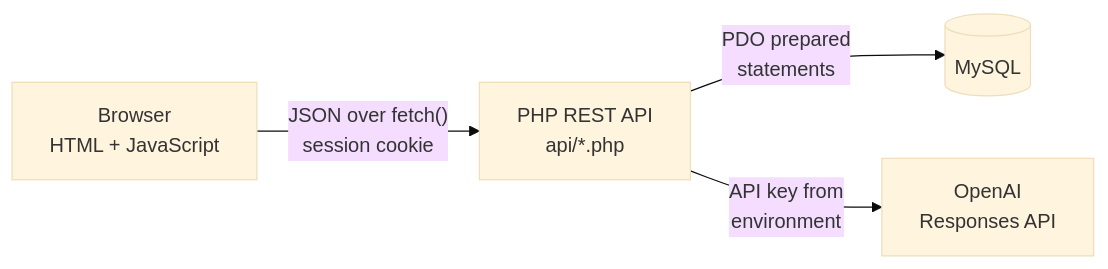
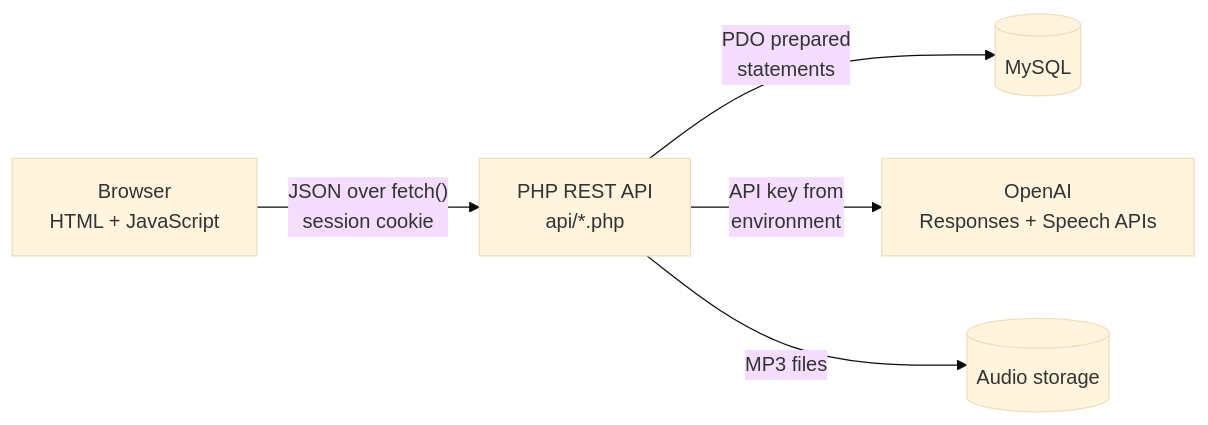
One commit to Ethan-vaz/Podfessor changed the first of 3 diagrams in README.md. Above: the diagram before and after it, drawn with Mermaid (base theme). The commit also changed other lines of this file and 19 other files, not shown here.

First line of the commit message:
Add text-to-speech audio and an episode library

````diff
--- a/README.md
+++ b/README.md
@@ -28,6 +31,7 @@
 ```mermaid
 flowchart LR
     B[Browser<br/>HTML + JavaScript] -- "JSON over fetch()<br/>session cookie" --> A[PHP REST API<br/>api/*.php]
     A -- "PDO prepared<br/>statements" --> D[(MySQL)]
-    A -- "API key from<br/>environment" --> O[OpenAI<br/>Responses API]
+    A -- "API key from<br/>environment" --> O[OpenAI<br/>Responses + Speech APIs]
+    A -- "MP3 files" --> F[(Audio storage)]
 ```
````
